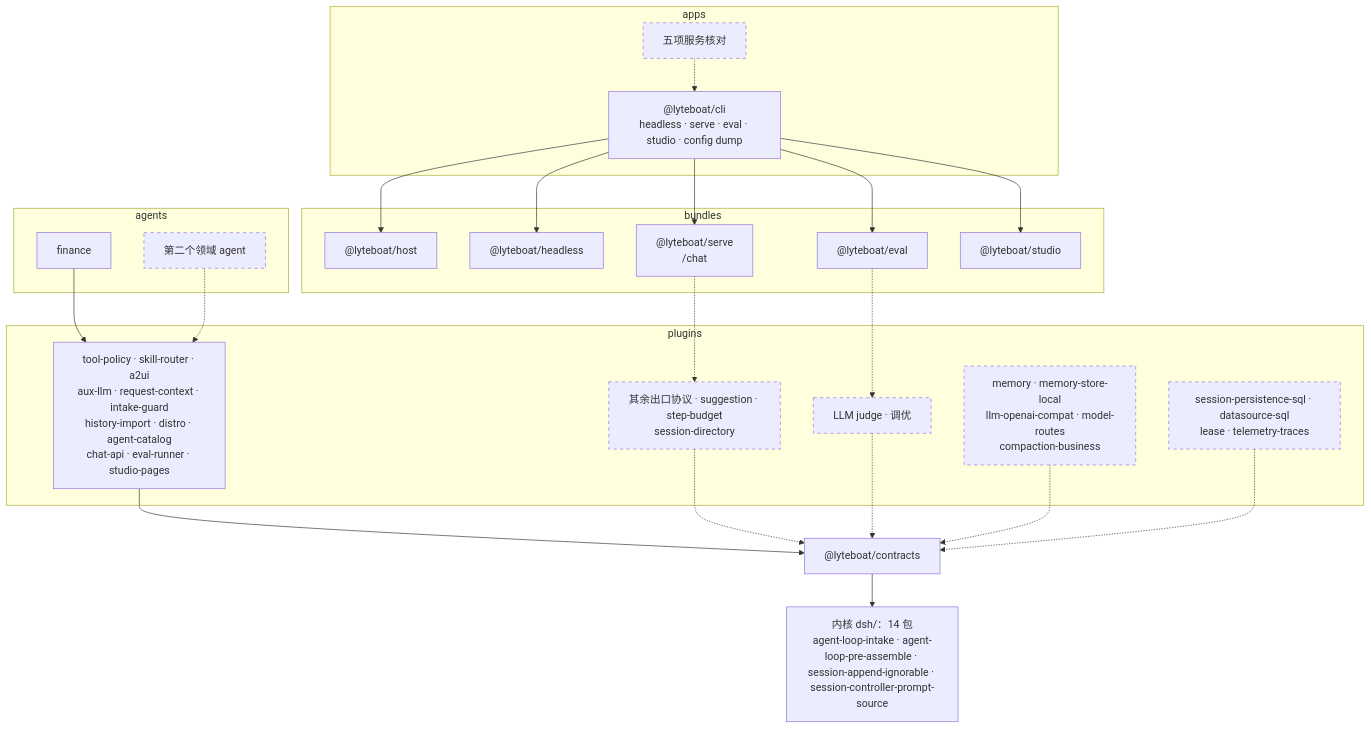
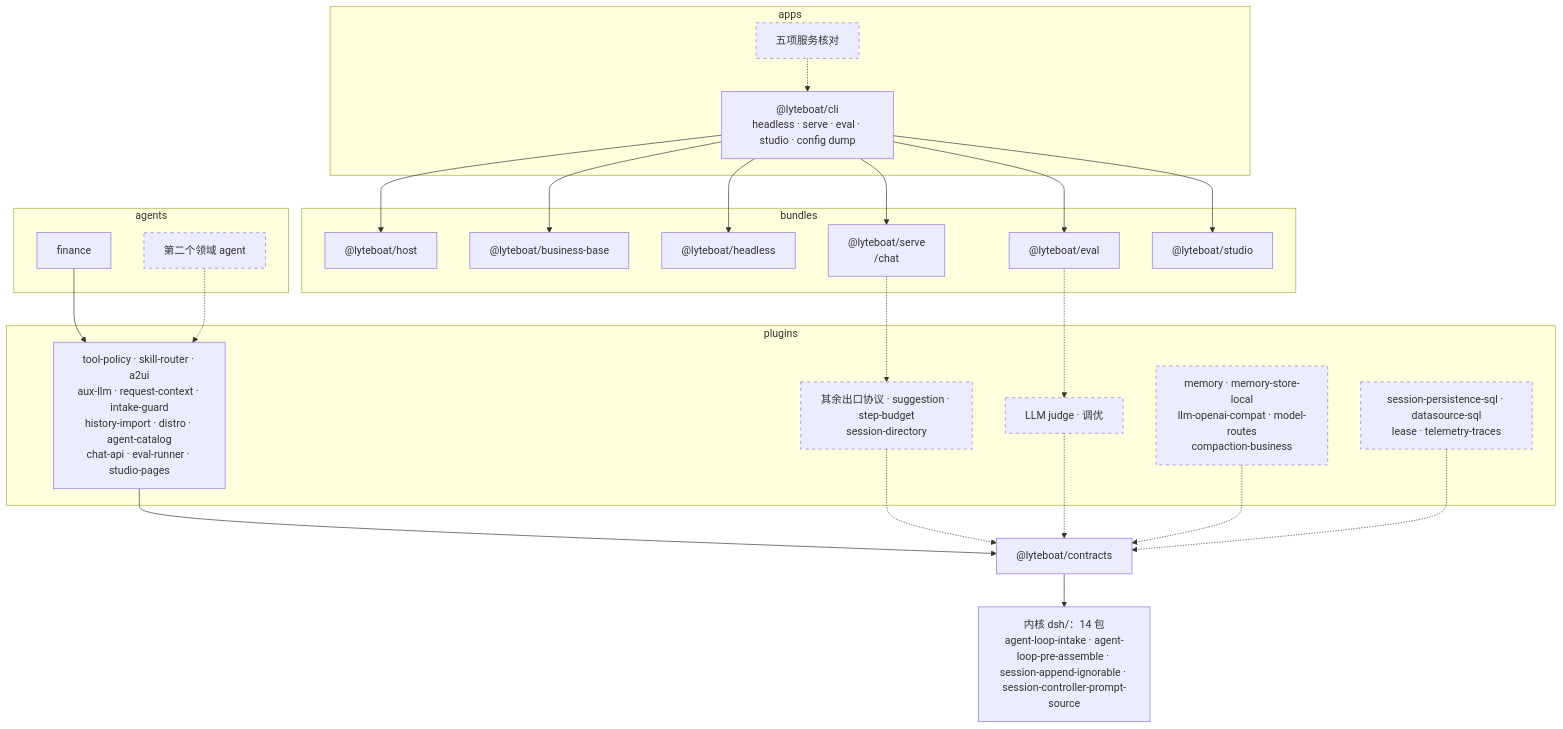
One commit to lyteboat/boat changed the second of 3 diagrams in docs/04-reference-alignment.md. Above: the diagram before and after it, drawn with Mermaid. The commit also changed other lines of this file and 10 other files, not shown here.

````diff
--- a/docs/04-reference-alignment.md
+++ b/docs/04-reference-alignment.md
@@ -720,45 +731,47 @@
 ```mermaid
 flowchart TB
   subgraph APPS["apps"]
     CLI["@lyteboat/cli<br/>headless · serve · eval · studio · config dump"]
     CLIN["五项服务核对"]
   end
   subgraph BUNDLES["bundles"]
     HOST["@lyteboat/host"]
+    BASE["@lyteboat/business-base"]
     RUN["@lyteboat/headless"]
     SERVE["@lyteboat/serve<br/>/chat"]
     EVAL["@lyteboat/eval"]
     STUDIO["@lyteboat/studio"]
   end
   subgraph AGENTS["agents"]
     FIN["finance"]
     AG2["第二个领域 agent"]
   end
   subgraph PLUGINS["plugins"]
     HAVE["tool-policy · skill-router · a2ui<br/>aux-llm · request-context · intake-guard<br/>history-import · distro · agent-catalog<br/>chat-api · eval-runner · studio-pages"]
     WIRE["其余出口协议 · suggestion · step-budget<br/>session-directory"]
     JUDGE["LLM judge · 调优"]
     MEM["memory · memory-store-local<br/>llm-openai-compat · model-routes<br/>compaction-business"]
     MULTI["session-persistence-sql · datasource-sql<br/>lease · telemetry-traces"]
   end
   CT["@lyteboat/contracts"]
   K["内核 dsh/：14 包<br/>agent-loop-intake · agent-loop-pre-assemble · session-append-ignorable · session-controller-prompt-source"]
   CLI --> HOST
+  CLI --> BASE
   CLI --> RUN
   CLI --> SERVE
   CLI --> EVAL
   CLI --> STUDIO
   CLIN -.-> CLI
   SERVE -.-> WIRE
   EVAL -.-> JUDGE
   FIN --> HAVE
   AG2 -.-> HAVE
   HAVE --> CT
   WIRE -.-> CT
   JUDGE -.-> CT
   MEM -.-> CT
   MULTI -.-> CT
   CT --> K
   classDef planned stroke-dasharray: 5 5
   class CLIN,AG2,WIRE,JUDGE,MEM,MULTI planned
 ```
````
